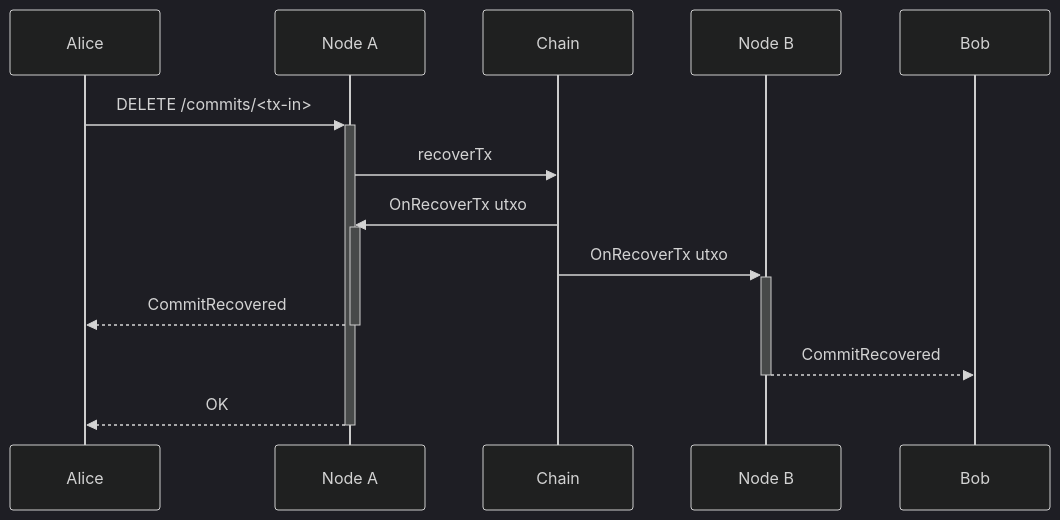
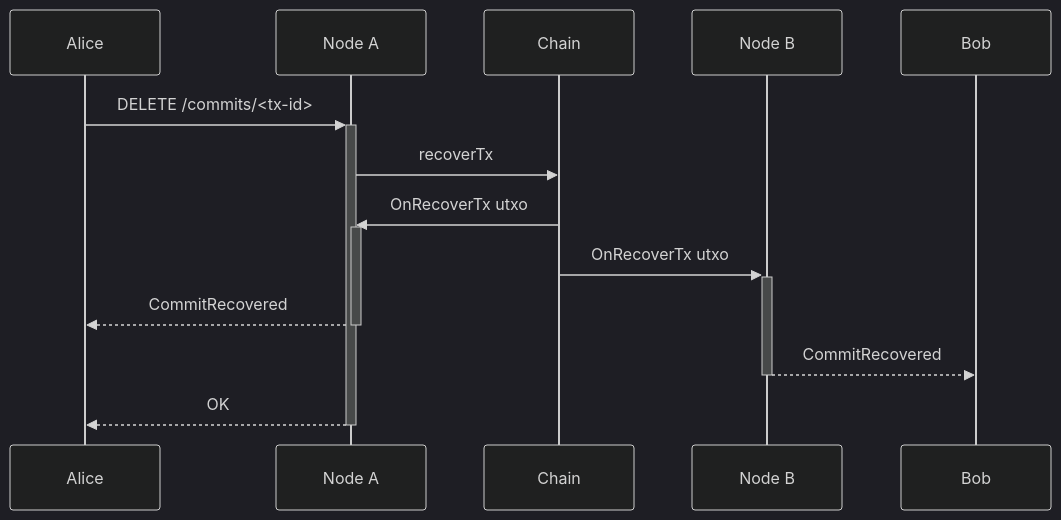
One commit to chrono-ranger742wc/hydra changed the second of 3 diagrams in docs/docs/dev/protocol.md. Above: the diagram before and after it, drawn with Mermaid (dark theme). The commit also changed other lines of this file, not shown here.

````diff
--- a/docs/docs/dev/protocol.md
+++ b/docs/docs/dev/protocol.md
@@ -49,11 +47,11 @@
 ```mermaid
 sequenceDiagram
-    Alice->>+Node A: DELETE /commits/<tx-in>
+    Alice->>+Node A: DELETE /commits/<tx-id>
     Node A->>Chain: recoverTx
     Chain ->>+ Node A: OnRecoverTx utxo
     Chain ->>+ Node B: OnRecoverTx utxo
     Node A -->>- Alice: CommitRecovered
     Node B -->>- Bob: CommitRecovered
     Node A-->>-Alice: OK
 
 ```
````
